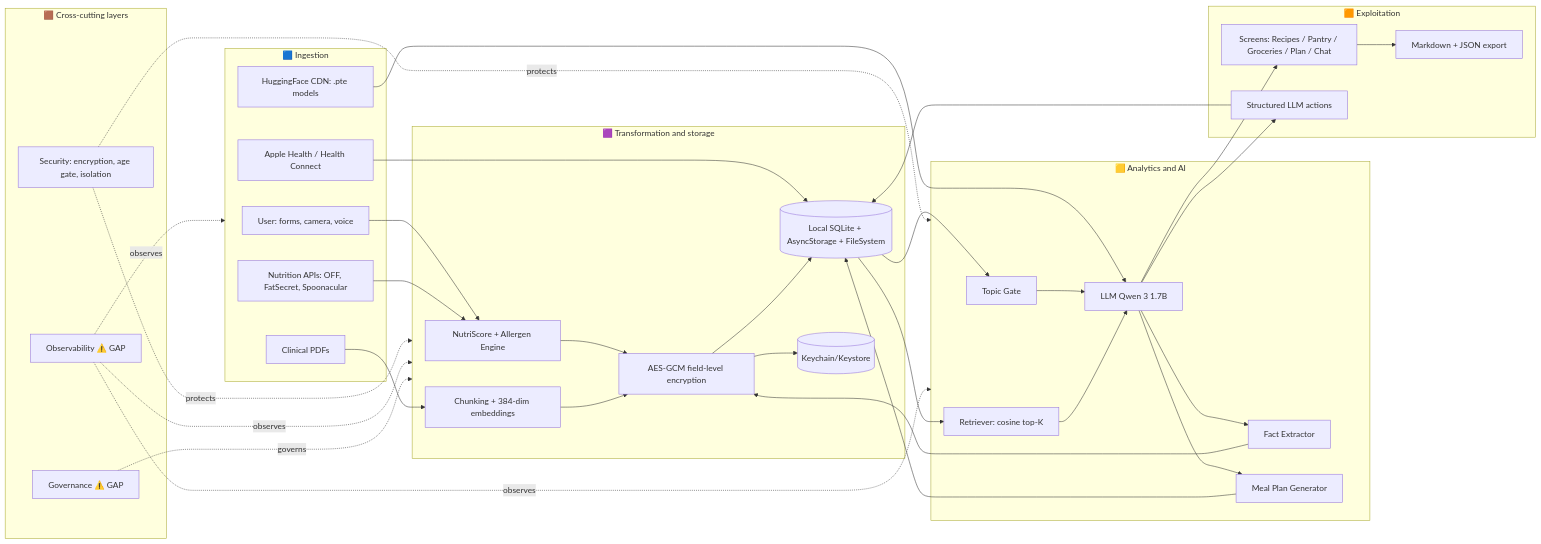
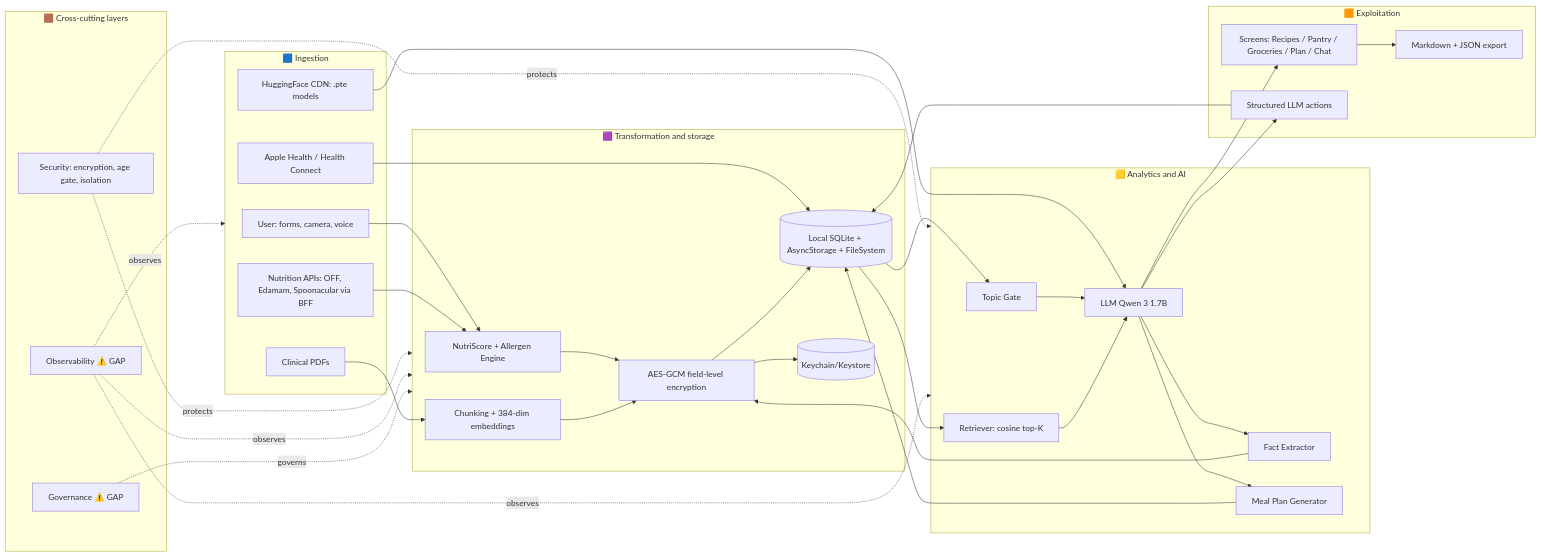
Before and after one commit to antonionc/nutrIAssistant: the diagram in docs/data-architecture/01-data-lifecycle.md, drawn with Mermaid. The commit also changed other lines of this file and 18 other files, not shown here.

````diff
--- a/docs/data-architecture/01-data-lifecycle.md
+++ b/docs/data-architecture/01-data-lifecycle.md
@@ -5,60 +5,60 @@
 ```mermaid
 flowchart LR
     subgraph Ingestion["🟦 Ingestion"]
         U[User: forms, camera, voice]
         D[Clinical PDFs]
         H[Apple Health / Health Connect]
-        E[Nutrition APIs: OFF, FatSecret, Spoonacular]
+        E[Nutrition APIs: OFF, Edamam, Spoonacular via BFF]
         M[HuggingFace CDN: .pte models]
     end
 
     subgraph Transform["🟪 Transformation and storage"]
         N[NutriScore + Allergen Engine]
         C[AES-GCM field-level encryption]
         K[Chunking + 384-dim embeddings]
         S[(Local SQLite + AsyncStorage + FileSystem)]
         KS[(Keychain/Keystore)]
     end
 
     subgraph AI["🟨 Analytics and AI"]
         T[Topic Gate]
         L[LLM Qwen 3 1.7B]
         R[Retriever: cosine top-K]
         FE[Fact Extractor]
         MP[Meal Plan Generator]
     end
 
     subgraph Use["🟧 Exploitation"]
         UI[Screens: Recipes / Pantry / Groceries / Plan / Chat]
         EX[Markdown + JSON export]
         AC[Structured LLM actions]
     end
 
     subgraph Cross["🟫 Cross-cutting layers"]
         SEC[Security: encryption, age gate, isolation]
         OBS[Observability ⚠️ GAP]
         GOV[Governance ⚠️ GAP]
     end
 
     U --> N
     D --> K
     H --> S
     E --> N
     M --> L
     N --> C --> S
     K --> C
     C --> KS
     S --> T --> L --> UI
     S --> R --> L
     L --> FE --> C
     L --> MP --> S
     UI --> EX
     L --> AC --> S
 
     SEC -.protects.-> Transform
     SEC -.protects.-> AI
     OBS -.observes.-> Ingestion
     OBS -.observes.-> Transform
     OBS -.observes.-> AI
     GOV -.governs.-> Transform
 ```
````
